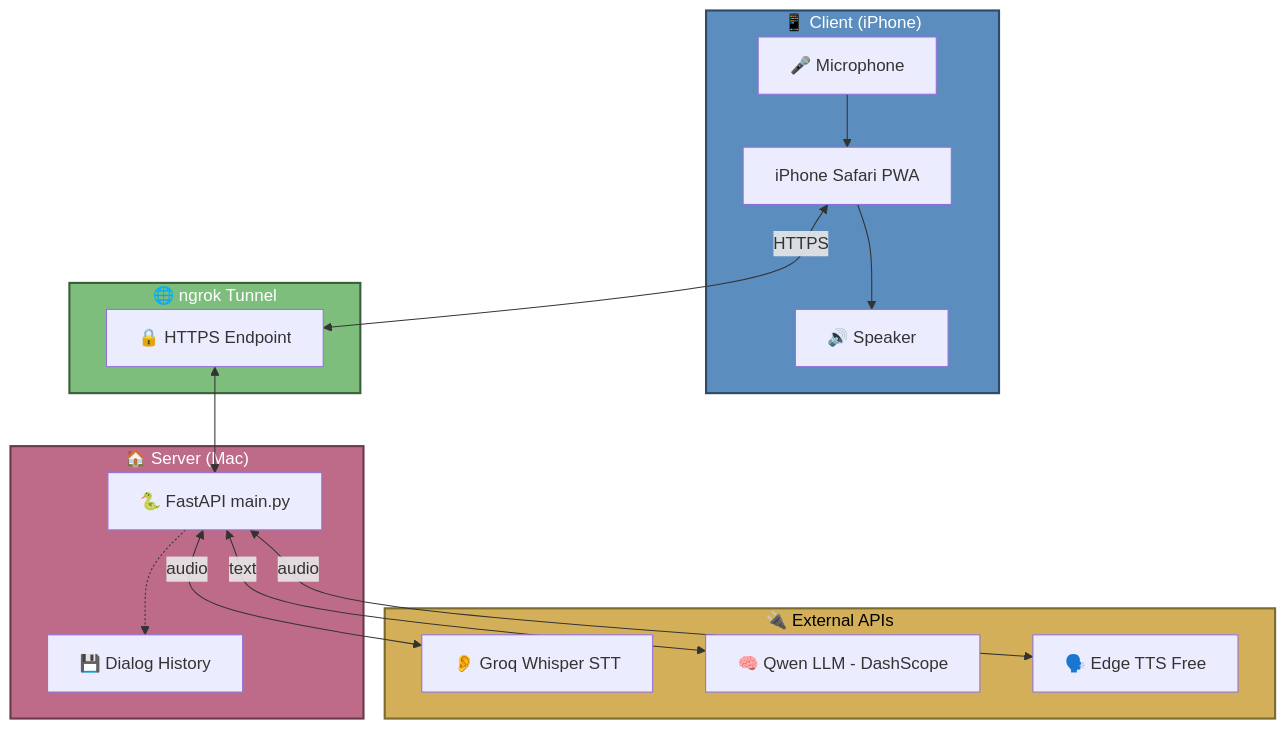
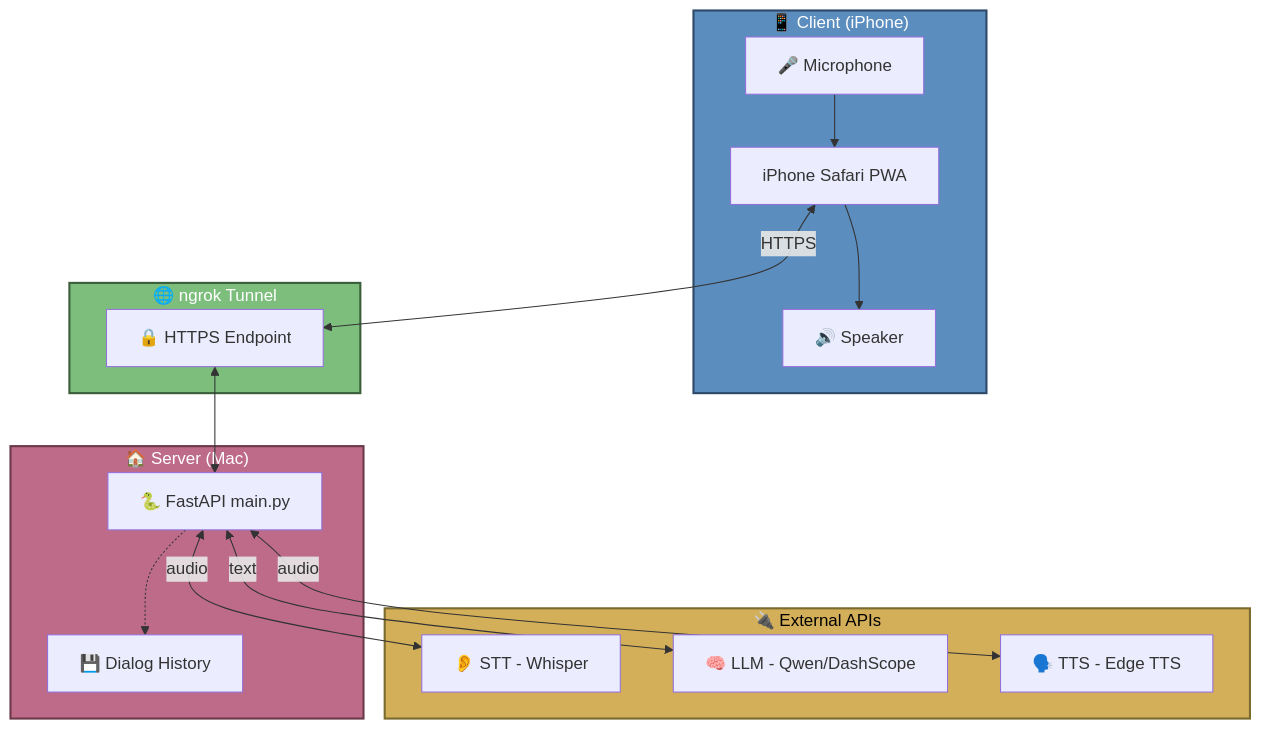
One commit to globanov/parkpartner changed the diagram in docs/architecture.md. Above: the diagram before and after it, drawn with Mermaid. The commit also changed 1 other file, not shown here.

Commit message:
docs: update architecture for local Whisper and fix mermaid styles

````diff
--- a/docs/architecture.md
+++ b/docs/architecture.md
@@ -3,37 +3,37 @@
 ```mermaid
 flowchart
     subgraph Client["📱 Client (iPhone)"]
         Mic[🎤 Microphone]
         Browser[iPhone Safari PWA]
         Speaker[🔊 Speaker]
     end
 
     subgraph Tunnel["🌐 ngrok Tunnel"]
         HTTPS[🔒 HTTPS Endpoint]
     end
 
     subgraph Server["🏠 Server (Mac)"]
         API[🐍 FastAPI main.py]
         History[💾 Dialog History]
     end
 
     subgraph External["🔌 External APIs"]
-        Whisper[👂 Groq Whisper STT]
-        LLM[🧠 Qwen LLM - DashScope]
-        TTS[🗣️ Edge TTS Free]
+        Whisper[👂 STT - Whisper]
+        LLM[🧠 LLM - Qwen/DashScope]
+        TTS[🗣️ TTS - Edge TTS]
     end
 
     Mic --> Browser
     Browser <-->|HTTPS| HTTPS
     HTTPS <--> API
     API -.-> History
     API <-->|audio| Whisper
     API <-->|text| LLM
     API <-->|audio| TTS
     Browser --> Speaker
 
     style Client fill:#5B8DBE,stroke:#2E4A6B,stroke-width:2px,color:#FFFFFF
     style Tunnel fill:#7DBE7D,stroke:#3A5F3A,stroke-width:2px,color:#FFFFFF
     style Server fill:#BE6B8A,stroke:#6B3A4A,stroke-width:2px,color:#FFFFFF
     style External fill:#D4AF5A,stroke:#7A6B2E,stroke-width:2px,color:#000000
 ```
````
